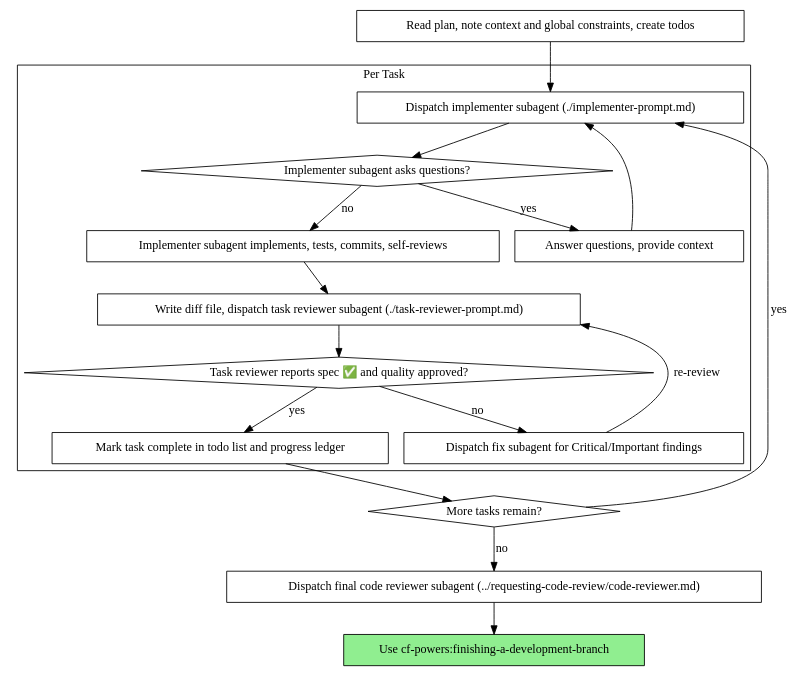
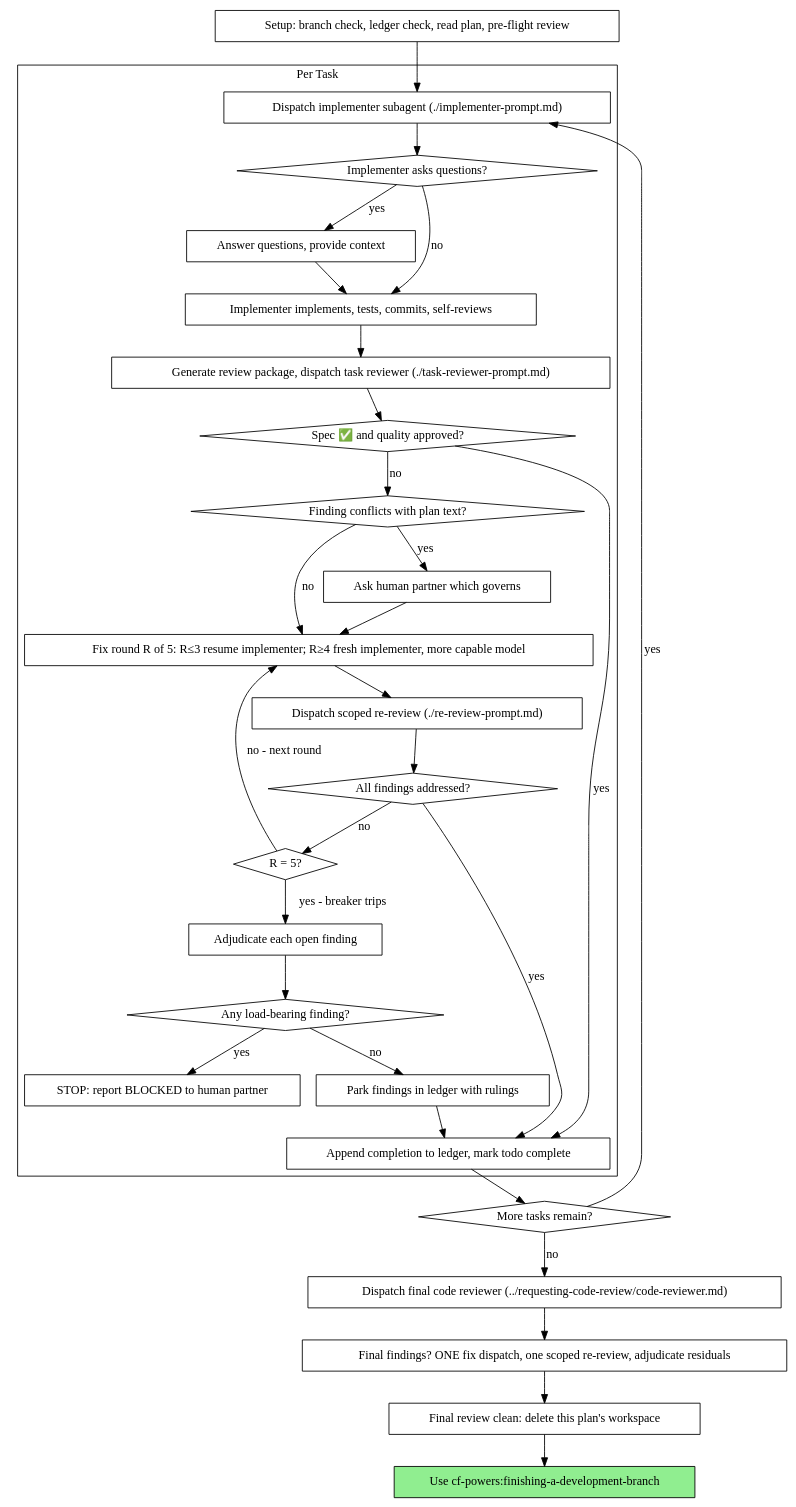
The second of 2 diagrams in skills/subagent-driven-development/SKILL.md (cloudfieldcz/cf-powers), drawn with Graphviz before and after one commit. The commit also changed other lines of this file, not shown here.

````diff
--- a/skills/subagent-driven-development/SKILL.md
+++ b/skills/subagent-driven-development/SKILL.md
@@ -47,37 +47,62 @@
 ```dot
 digraph process {
     rankdir=TB;
 
     subgraph cluster_per_task {
         label="Per Task";
         "Dispatch implementer subagent (./implementer-prompt.md)" [shape=box];
-        "Implementer subagent asks questions?" [shape=diamond];
+        "Implementer asks questions?" [shape=diamond];
         "Answer questions, provide context" [shape=box];
-        "Implementer subagent implements, tests, commits, self-reviews" [shape=box];
-        "Write diff file, dispatch task reviewer subagent (./task-reviewer-prompt.md)" [shape=box];
-        "Task reviewer reports spec ✅ and quality approved?" [shape=diamond];
-        "Dispatch fix subagent for Critical/Important findings" [shape=box];
-        "Mark task complete in todo list and progress ledger" [shape=box];
+        "Implementer implements, tests, commits, self-reviews" [shape=box];
+        "Generate review package, dispatch task reviewer (./task-reviewer-prompt.md)" [shape=box];
+        "Spec ✅ and quality approved?" [shape=diamond];
+        "Finding conflicts with plan text?" [shape=diamond];
+        "Ask human partner which governs" [shape=box];
+        "Fix round R of 5: R≤3 resume implementer; R≥4 fresh implementer, more capable model" [shape=box];
+        "Dispatch scoped re-review (./re-review-prompt.md)" [shape=box];
+        "All findings addressed?" [shape=diamond];
+        "R = 5?" [shape=diamond];
+        "Adjudicate each open finding" [shape=box];
+        "Any load-bearing finding?" [shape=diamond];
+        "STOP: report BLOCKED to human partner" [shape=box];
+        "Park findings in ledger with rulings" [shape=box];
+        "Append completion to ledger, mark todo complete" [shape=box];
     }
 
-    "Read plan, note context and global constraints, create todos" [shape=box];
+    "Setup: branch check, ledger check, read plan, pre-flight review" [shape=box];
     "More tasks remain?" [shape=diamond];
-    "Dispatch final code reviewer subagent (../requesting-code-review/code-reviewer.md)" [shape=box];
+    "Dispatch final code reviewer (../requesting-code-review/code-reviewer.md)" [shape=box];
+    "Final findings? ONE fix dispatch, one scoped re-review, adjudicate residuals" [shape=box];
+    "Final review clean: delete this plan's workspace" [shape=box];
     "Use cf-powers:finishing-a-development-branch" [shape=box style=filled fillcolor=lightgreen];
 
-    "Read plan, note context and global constraints, create todos" -> "Dispatch implementer subagent (./implementer-prompt.md)";
-    "Dispatch implementer subagent (./implementer-prompt.md)" -> "Implementer subagent asks questions?";
-    "Implementer subagent asks questions?" -> "Answer questions, provide context" [label="yes"];
-    "Answer questions, provide context" -> "Dispatch implementer subagent (./implementer-prompt.md)";
-    "Implementer subagent asks questions?" -> "Implementer subagent implements, tests, commits, self-reviews" [label="no"];
-    "Implementer subagent implements, tests, commits, self-reviews" -> "Write diff file, dispatch task reviewer subagent (./task-reviewer-prompt.md)";
-    "Write diff file, dispatch task reviewer subagent (./task-reviewer-prompt.md)" -> "Task reviewer reports spec ✅ and quality approved?";
-    "Task reviewer reports spec ✅ and quality approved?" -> "Dispatch fix subagent for Critical/Important findings" [label="no"];
-    "Dispatch fix subagent for Critical/Important findings" -> "Write diff file, dispatch task reviewer subagent (./task-reviewer-prompt.md)" [label="re-review"];
-    "Task reviewer reports spec ✅ and quality approved?" -> "Mark task complete in todo list and progress ledger" [label="yes"];
-    "Mark task complete in todo list and progress ledger" -> "More tasks remain?";
+    "Setup: branch check, ledger check, read plan, pre-flight review" -> "Dispatch implementer subagent (./implementer-prompt.md)";
+    "Dispatch implementer subagent (./implementer-prompt.md)" -> "Implementer asks questions?";
+    "Implementer asks questions?" -> "Answer questions, provide context" [label="yes"];
+    "Answer questions, provide context" -> "Implementer implements, tests, commits, self-reviews";
+    "Implementer asks questions?" -> "Implementer implements, tests, commits, self-reviews" [label="no"];
+    "Implementer implements, tests, commits, self-reviews" -> "Generate review package, dispatch task reviewer (./task-reviewer-prompt.md)";
+    "Generate review package, dispatch task reviewer (./task-reviewer-prompt.md)" -> "Spec ✅ and quality approved?";
+    "Spec ✅ and quality approved?" -> "Append completion to ledger, mark todo complete" [label="yes"];
+    "Spec ✅ and quality approved?" -> "Finding conflicts with plan text?" [label="no"];
+    "Finding conflicts with plan text?" -> "Ask human partner which governs" [label="yes"];
+    "Ask human partner which governs" -> "Fix round R of 5: R≤3 resume implementer; R≥4 fresh implementer, more capable model";
+    "Finding conflicts with plan text?" -> "Fix round R of 5: R≤3 resume implementer; R≥4 fresh implementer, more capable model" [label="no"];
+    "Fix round R of 5: R≤3 resume implementer; R≥4 fresh implementer, more capable model" -> "Dispatch scoped re-review (./re-review-prompt.md)";
+    "Dispatch scoped re-review (./re-review-prompt.md)" -> "All findings addressed?";
+    "All findings addressed?" -> "Append completion to ledger, mark todo complete" [label="yes"];
+    "All findings addressed?" -> "R = 5?" [label="no"];
+    "R = 5?" -> "Fix round R of 5: R≤3 resume implementer; R≥4 fresh implementer, more capable model" [label="no - next round"];
+    "R = 5?" -> "Adjudicate each open finding" [label="yes - breaker trips"];
+    "Adjudicate each open finding" -> "Any load-bearing finding?";
+    "Any load-bearing finding?" -> "STOP: report BLOCKED to human partner" [label="yes"];
+    "Any load-bearing finding?" -> "Park findings in ledger with rulings" [label="no"];
+    "Park findings in ledger with rulings" -> "Append completion to ledger, mark todo complete";
+    "Append completion to ledger, mark todo complete" -> "More tasks remain?";
     "More tasks remain?" -> "Dispatch implementer subagent (./implementer-prompt.md)" [label="yes"];
-    "More tasks remain?" -> "Dispatch final code reviewer subagent (../requesting-code-review/code-reviewer.md)" [label="no"];
-    "Dispatch final code reviewer subagent (../requesting-code-review/code-reviewer.md)" -> "Use cf-powers:finishing-a-development-branch";
+    "More tasks remain?" -> "Dispatch final code reviewer (../requesting-code-review/code-reviewer.md)" [label="no"];
+    "Dispatch final code reviewer (../requesting-code-review/code-reviewer.md)" -> "Final findings? ONE fix dispatch, one scoped re-review, adjudicate residuals";
+    "Final findings? ONE fix dispatch, one scoped re-review, adjudicate residuals" -> "Final review clean: delete this plan's workspace";
+    "Final review clean: delete this plan's workspace" -> "Use cf-powers:finishing-a-development-branch";
 }
 ```
````
